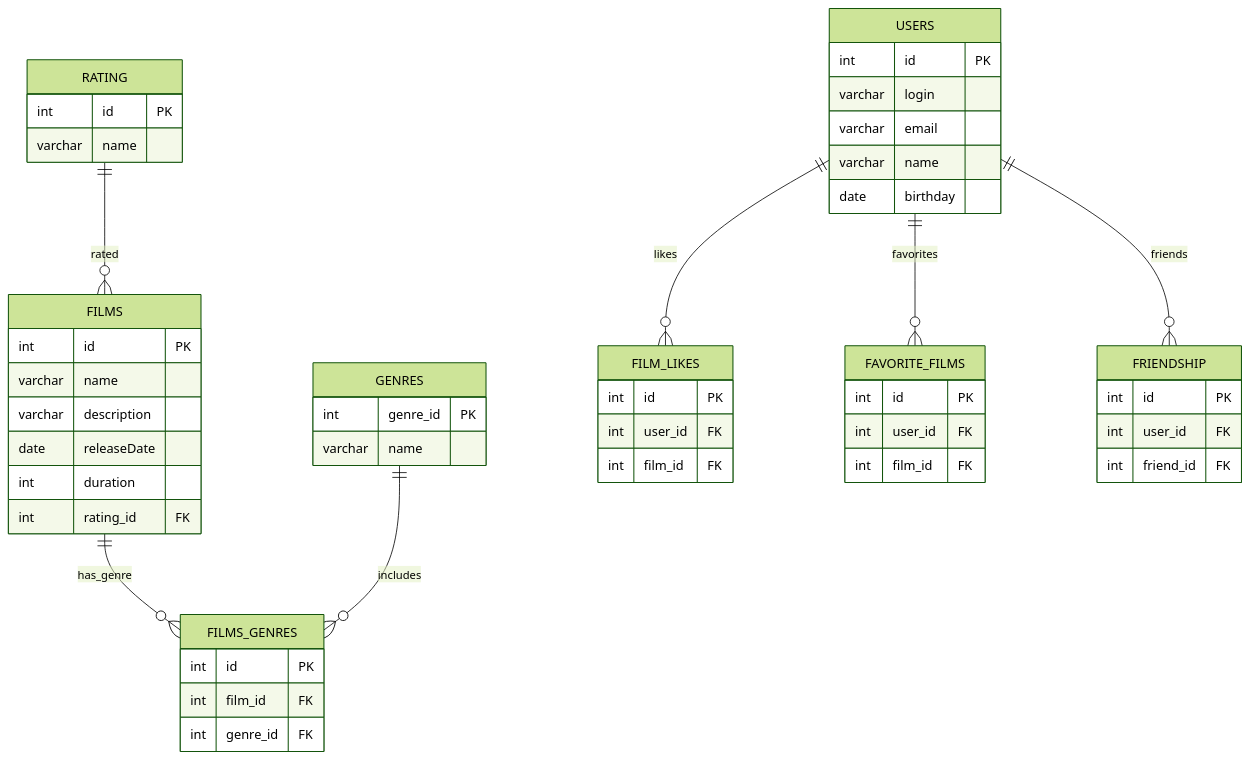
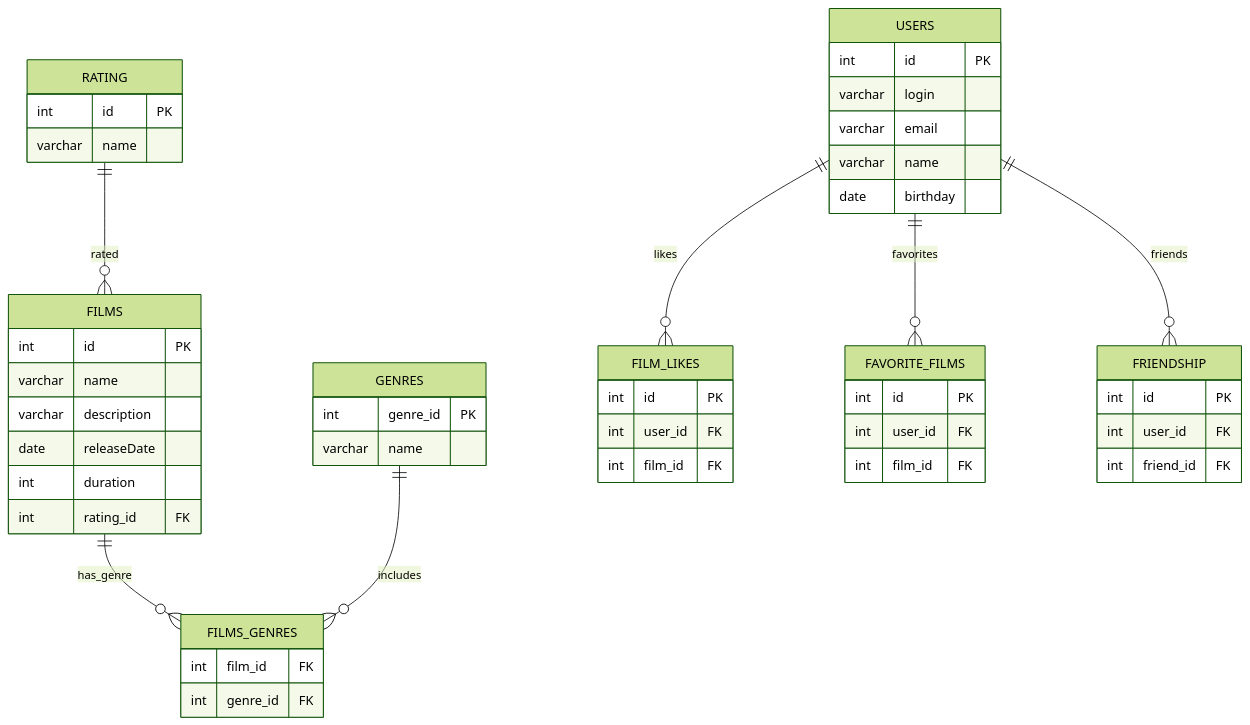
The diagram in README.md (IvanLiubimov/java-filmorate), drawn with Mermaid (forest theme) before and after one commit. The commit also changed 1 other file, not shown here.

Commit message:
#3 изменена структура базы данных films_genres (удален первичный ключ)

````diff
--- a/README.md
+++ b/README.md
@@ -1,53 +1,52 @@
 ```mermaid
 erDiagram
     USERS {
         int id PK
         varchar login
         varchar email
         varchar name
         date birthday
     }
     FILMS {
         int id PK
         varchar name
         varchar description
         date releaseDate
         int duration
         int rating_id FK
     }
     GENRES {
         int genre_id PK
         varchar name
     }
     FILMS_GENRES {
-        int id PK
         int film_id FK
         int genre_id FK
     }
     FILM_LIKES {
         int id PK
         int user_id FK
         int film_id FK
     }
     FAVORITE_FILMS {
         int id PK
         int user_id FK
         int film_id FK
     }
     FRIENDSHIP {
         int id PK
         int user_id FK
         int friend_id FK
     }
     RATING {
         int id PK
         varchar name
     }
 
     USERS ||--o{ FILM_LIKES : likes
     USERS ||--o{ FAVORITE_FILMS : favorites
     USERS ||--o{ FRIENDSHIP : friends
     FILMS ||--o{ FILMS_GENRES : has_genre
     GENRES ||--o{ FILMS_GENRES : includes
     RATING ||--o{ FILMS : rated
 ```
````
